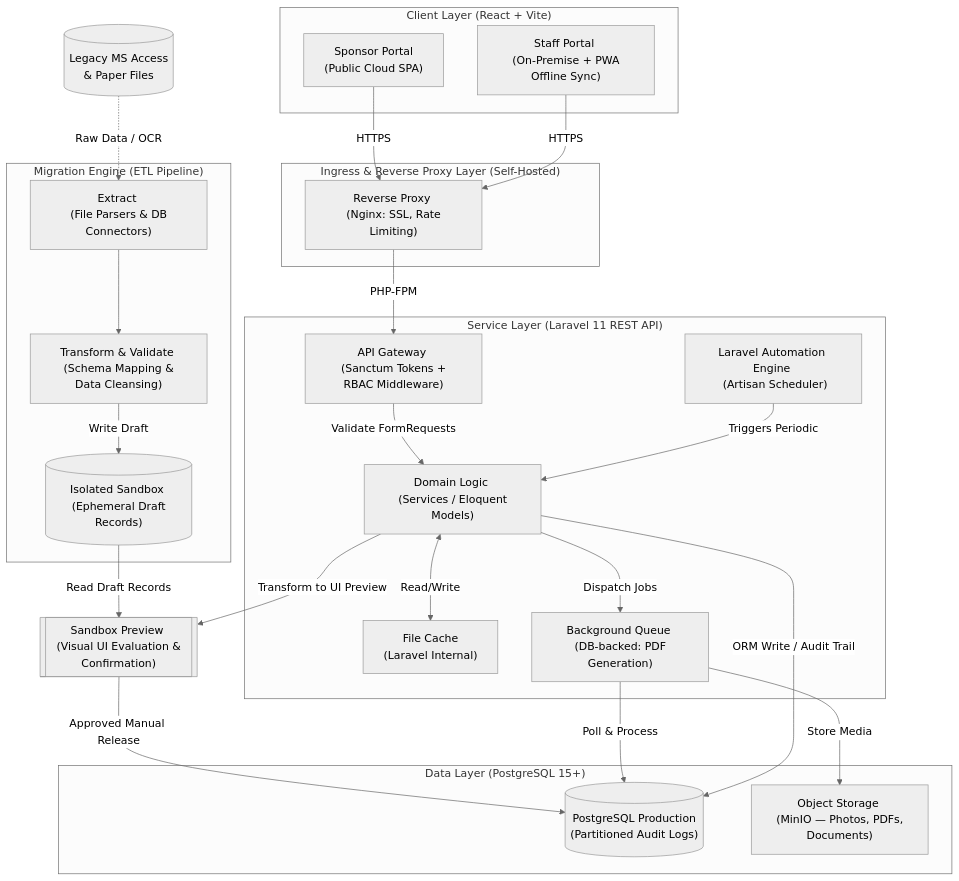
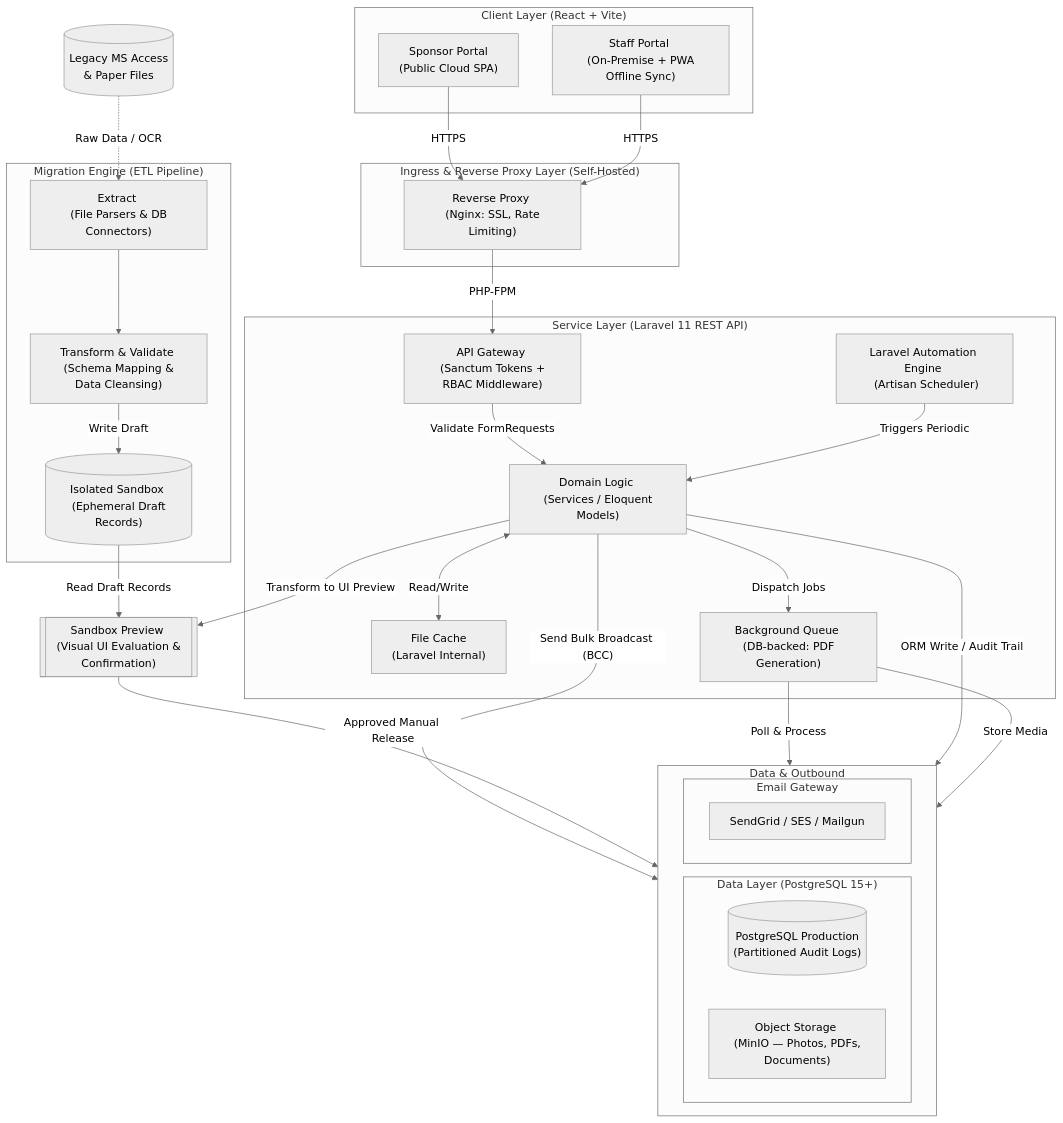
Before and after one commit to TainYanTun/BHSMS-Architectural-Blueprint: the diagram in technical/Architecture.mmd, drawn with Mermaid (neutral theme). The commit also changed 21 other files, not shown here.

First line of the commit message:
feat: add email gateway broadcast, sync ERD, update workflow diagrams

```diff
--- a/technical/Architecture.mmd
+++ b/technical/Architecture.mmd
@@ -1,77 +1,83 @@
 graph TD
     %% --- STREAMLINED FRONTEND LAYER ---
     subgraph ClientLayer ["Client Layer (React + Vite)"]
         SP["Sponsor Portal <br/> (Public Cloud SPA)"]
         ST["Staff Portal <br/> (On-Premise + PWA Offline Sync)"]
     end
 
     %% --- INFRASTRUCTURE & PROXY ---
     subgraph RP ["Ingress & Reverse Proxy Layer (Self-Hosted)"]
         Proxy["Reverse Proxy <br/> (Nginx: SSL, Rate Limiting)"]
     end
 
     %% --- CORE APP LAYER ---
     subgraph SL ["Service Layer (Laravel 11 REST API)"]
         Auth["API Gateway <br/> (Sanctum Tokens + RBAC Middleware)"]
         Sched["Laravel Automation Engine <br/> (Artisan Scheduler)"]
         Logic["Domain Logic <br/> (Services / Eloquent Models)"]
         Cache["File Cache <br/> (Laravel Internal)"]
         Jobs["Background Queue <br/> (DB-backed: PDF Generation)"]
         
         Auth -->|Validate FormRequests| Logic
         Sched -->|Triggers Periodic| Logic
     end
 
     %% --- MIGRATION PIPELINE (ETL with Gatekeeper) ---
     Legacy[(Legacy MS Access <br/> & Paper Files)]
     
     subgraph ETL ["Migration Engine (ETL Pipeline)"]
         Ext["Extract <br/> (File Parsers & DB Connectors)"]
         Trans["Transform & Validate <br/> (Schema Mapping & Data Cleansing)"]
         Stage[("Isolated Sandbox <br/> (Ephemeral Draft Records)")]
         
         Ext --> Trans
         Trans -->|Write Draft| Stage
     end
 
     %% --- THE GATEKEEPER ---
     Gate[["Sandbox Preview <br/> (Visual UI Evaluation & Confirmation)"]]
 
     %% --- DATA & PERSISTENCE ---
-    subgraph DL ["Data Layer (PostgreSQL 15+)"]
-        DB[("PostgreSQL Production <br/>(Partitioned Audit Logs)")]
-        File["Object Storage <br/> (MinIO — Photos, PDFs, Documents)"]
+    subgraph DL_Wrapper ["Data & Outbound"]
+        direction LR
+        subgraph DL ["Data Layer (PostgreSQL 15+)"]
+            DB[("PostgreSQL Production <br/>(Partitioned Audit Logs)")]
+            File["Object Storage <br/> (MinIO — Photos, PDFs, Documents)"]
+        end
+        subgraph EG ["Email Gateway"]
+            Em["SendGrid / SES / Mailgun"]
+        end
     end
 
-    %% --- OUTBOUND (Manual — staff handles external email outside the system) ---
+    Logic -->|"Send Bulk Broadcast (BCC)"| Em
 
     %% ==========================================
     %% DATA FLOW PIPELINES
     %% ==========================================
     
     %% Ingress Flow
     %% ── Alternative: add Cloudflare Tunnel + Cloudflare Access (Auth Gate) ──
     %%   If office is behind CGNAT or remote staff access is needed later:
     %%   1. Install cloudflared on server (outbound tunnel, no open ports)
     %%   2. Point staff.banglohope.org to the tunnel
     %%   3. Enable Cloudflare Access for auth before traffic reaches Nginx
     %%   Diagram: ST -->|HTTPS + Auth| Access --> Tunnel -->|Private link| Proxy
     %% ─────────────────────────────────────────────────────────────────────────
     SP & ST -->|HTTPS| Proxy
     Proxy -->|PHP-FPM| Auth
 
     %% Migration / ETL Flow with Gatekeeper
     Legacy -.->|Raw Data / OCR| Ext
     Stage -->|Read Draft Records| Gate
     Gate -->|Approved Manual Release| DB
 
     %% Caching & Queue
     Logic <-->|Read/Write| Cache
     Logic -->|Dispatch Jobs| Jobs
     Jobs -->|Poll & Process| DB
 
     %% Persistence & Outbound Pipelines
     Logic -->|ORM Write / Audit Trail| DB
     Jobs -->|Store Media| File
 
     Logic -->|Transform to UI Preview| Gate
```
